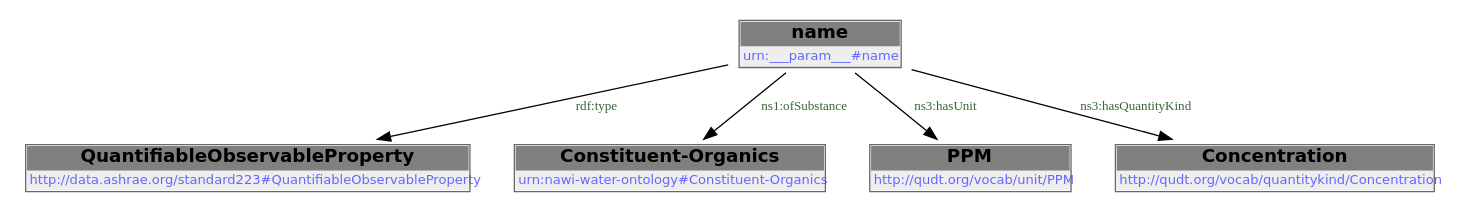
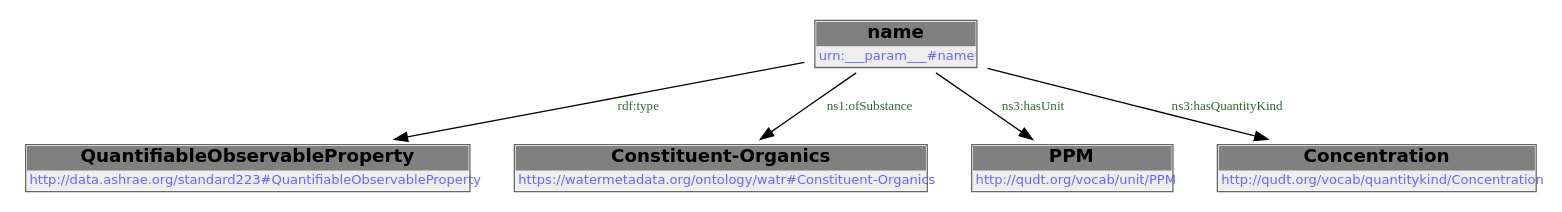
The first of 2 diagrams in docs/libraries/templates/toc-ppm.rst (DataDrivenCPS/water-ontology), drawn with Graphviz before and after one commit. The commit also changed other lines of this file and 43 other files, not shown here.

First line of the commit message:
feat: move ontology to https://watermetadata.org base URI

```diff
--- a/docs/libraries/templates/toc-ppm.rst
+++ b/docs/libraries/templates/toc-ppm.rst
@@ -63,14 +63,14 @@
         .. graphviz::
 
                 digraph G {
             node [fontname="DejaVu Sans"];
             node0 -> node1 [color=BLACK, label=< <font point-size='10' color='#336633'>rdf:type</font> >];
             node0 -> node2 [color=BLACK, label=< <font point-size='10' color='#336633'>ns1:ofSubstance</font> >];
             node0 -> node3 [color=BLACK, label=< <font point-size='10' color='#336633'>ns3:hasUnit</font> >];
             node0 -> node4 [color=BLACK, label=< <font point-size='10' color='#336633'>ns3:hasQuantityKind</font> >];
             node0 [shape=none, color=black, label=< <table color='#666666' cellborder='0' cellspacing='0' border='1'><tr><td colspan='2' bgcolor='grey'><B>name</B></td></tr><tr><td href='urn:___param___#name' bgcolor='#eeeeee' colspan='2'><font point-size='10' color='#6666ff'>urn:___param___#name</font></td></tr></table> >];
             node1 [shape=none, color=black, label=< <table color='#666666' cellborder='0' cellspacing='0' border='1'><tr><td colspan='2' bgcolor='grey'><B>QuantifiableObservableProperty</B></td></tr><tr><td href='http://data.ashrae.org/standard223#QuantifiableObservableProperty' bgcolor='#eeeeee' colspan='2'><font point-size='10' color='#6666ff'>http://data.ashrae.org/standard223#QuantifiableObservableProperty</font></td></tr></table> >];
-            node2 [shape=none, color=black, label=< <table color='#666666' cellborder='0' cellspacing='0' border='1'><tr><td colspan='2' bgcolor='grey'><B>Constituent-Organics</B></td></tr><tr><td href='urn:nawi-water-ontology#Constituent-Organics' bgcolor='#eeeeee' colspan='2'><font point-size='10' color='#6666ff'>urn:nawi-water-ontology#Constituent-Organics</font></td></tr></table> >];
+            node2 [shape=none, color=black, label=< <table color='#666666' cellborder='0' cellspacing='0' border='1'><tr><td colspan='2' bgcolor='grey'><B>Constituent-Organics</B></td></tr><tr><td href='https://watermetadata.org/ontology/watr#Constituent-Organics' bgcolor='#eeeeee' colspan='2'><font point-size='10' color='#6666ff'>https://watermetadata.org/ontology/watr#Constituent-Organics</font></td></tr></table> >];
             node3 [shape=none, color=black, label=< <table color='#666666' cellborder='0' cellspacing='0' border='1'><tr><td colspan='2' bgcolor='grey'><B>PPM</B></td></tr><tr><td href='http://qudt.org/vocab/unit/PPM' bgcolor='#eeeeee' colspan='2'><font point-size='10' color='#6666ff'>http://qudt.org/vocab/unit/PPM</font></td></tr></table> >];
             node4 [shape=none, color=black, label=< <table color='#666666' cellborder='0' cellspacing='0' border='1'><tr><td colspan='2' bgcolor='grey'><B>Concentration</B></td></tr><tr><td href='http://qudt.org/vocab/quantitykind/Concentration' bgcolor='#eeeeee' colspan='2'><font point-size='10' color='#6666ff'>http://qudt.org/vocab/quantitykind/Concentration</font></td></tr></table> >];
             }
```
